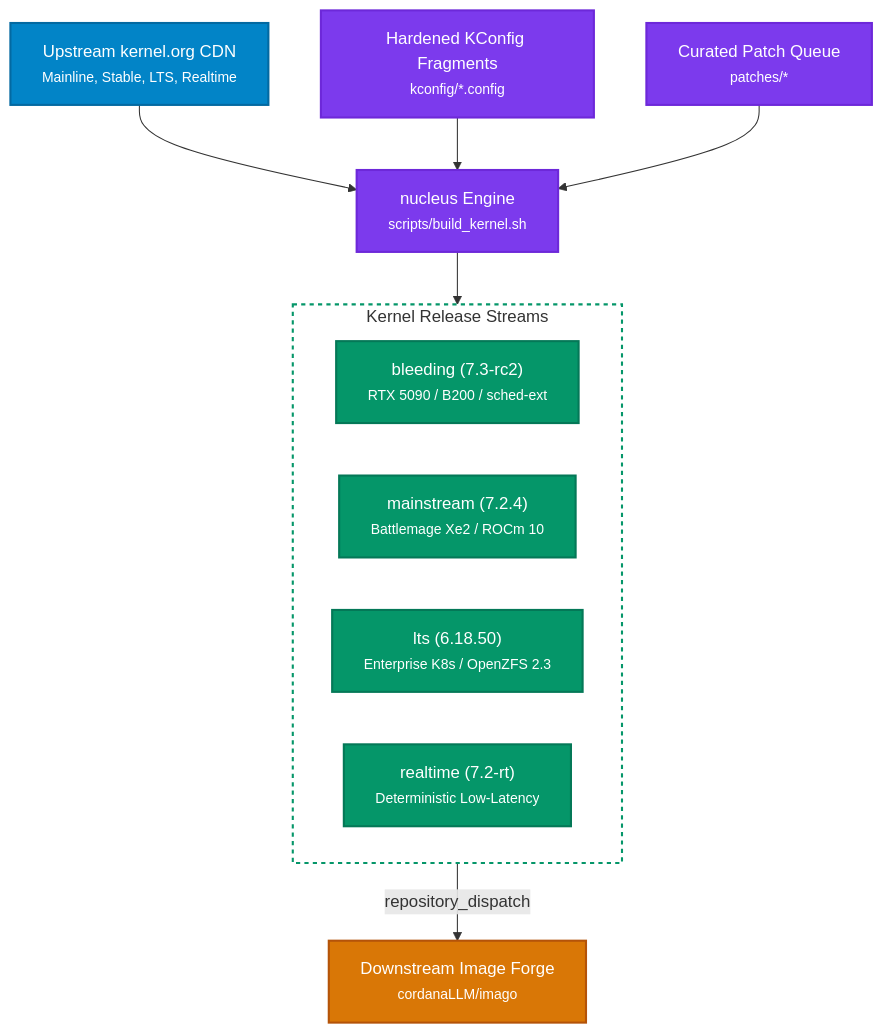
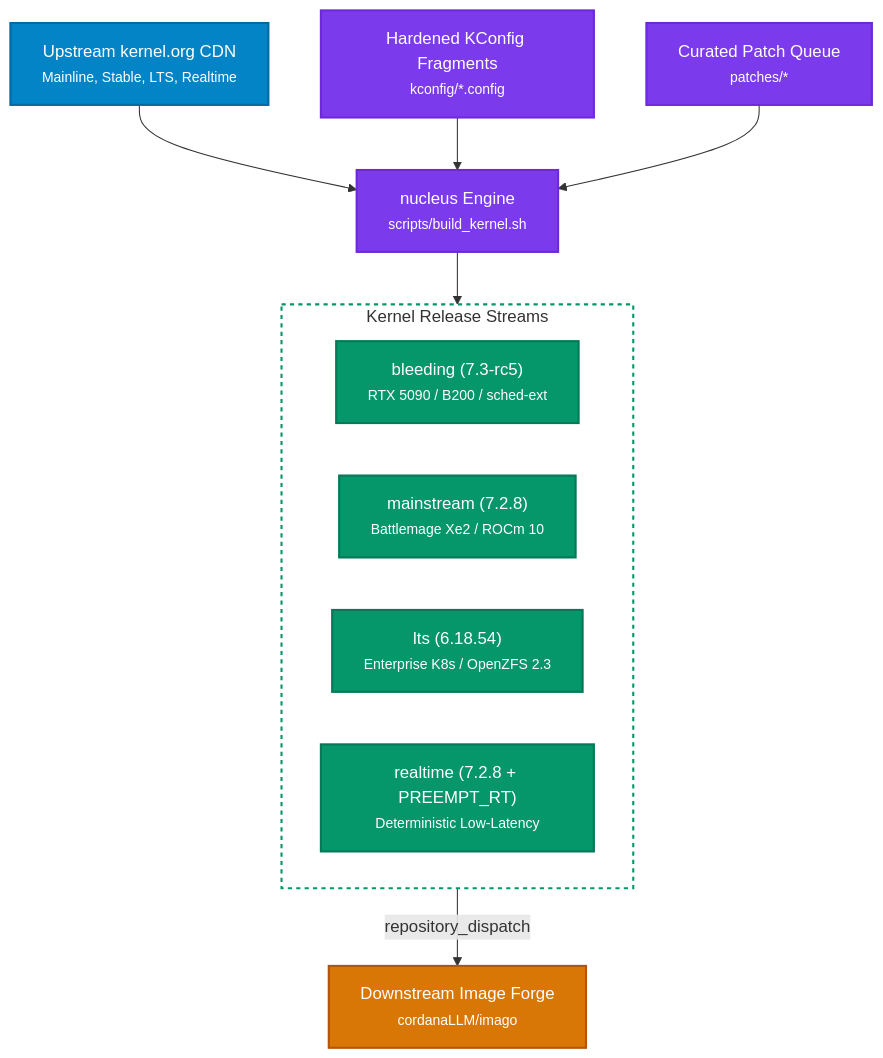
One commit to cordanaLLM/nucleus changed the diagram in README.md. Above: the diagram before and after it, drawn with Mermaid. The commit also changed other lines of this file and 40 other files, not shown here.

````diff
--- a/README.md
+++ b/README.md
@@ -19,29 +19,29 @@
 ```mermaid
 flowchart TD
     classDef upstream fill:#0284c7,stroke:#0369a1,stroke-width:2px,color:#ffffff
     classDef engine fill:#7c3aed,stroke:#6d28d9,stroke-width:2px,color:#ffffff
     classDef stream fill:#059669,stroke:#047857,stroke-width:2px,color:#ffffff
     classDef dest fill:#d97706,stroke:#b45309,stroke-width:2px,color:#ffffff
 
     Upstream["Upstream kernel.org CDN<br/><small>Mainline, Stable, LTS, Realtime</small>"]:::upstream
     Forge["nucleus Engine<br/><small>scripts/build_kernel.sh</small>"]:::engine
     KConfig["Hardened KConfig Fragments<br/><small>kconfig/*.config</small>"]:::engine
     Patches["Curated Patch Queue<br/><small>patches/*</small>"]:::engine
 
     subgraph Streams["Kernel Release Streams"]
-        Bleeding["bleeding (7.3-rc2)<br/><small>RTX 5090 / B200 / sched-ext</small>"]:::stream
-        Mainstream["mainstream (7.2.4)<br/><small>Battlemage Xe2 / ROCm 10</small>"]:::stream
-        LTS["lts (6.18.50)<br/><small>Enterprise K8s / OpenZFS 2.3</small>"]:::stream
-        RT["realtime (7.2-rt)<br/><small>Deterministic Low-Latency</small>"]:::stream
+        Bleeding["bleeding (7.3-rc5)<br/><small>RTX 5090 / B200 / sched-ext</small>"]:::stream
+        Mainstream["mainstream (7.2.8)<br/><small>Battlemage Xe2 / ROCm 10</small>"]:::stream
+        LTS["lts (6.18.54)<br/><small>Enterprise K8s / OpenZFS 2.3</small>"]:::stream
+        RT["realtime (7.2.8 + PREEMPT_RT)<br/><small>Deterministic Low-Latency</small>"]:::stream
     end
 
     Downstream["Downstream Image Forge<br/><small>cordanaLLM/imago</small>"]:::dest
 
     Upstream --> Forge
     KConfig --> Forge
     Patches --> Forge
     Forge --> Streams
     Streams -->|"repository_dispatch"| Downstream
 
     style Streams fill:none,stroke:#059669,stroke-width:2px,stroke-dasharray: 4 4
 ```
````
